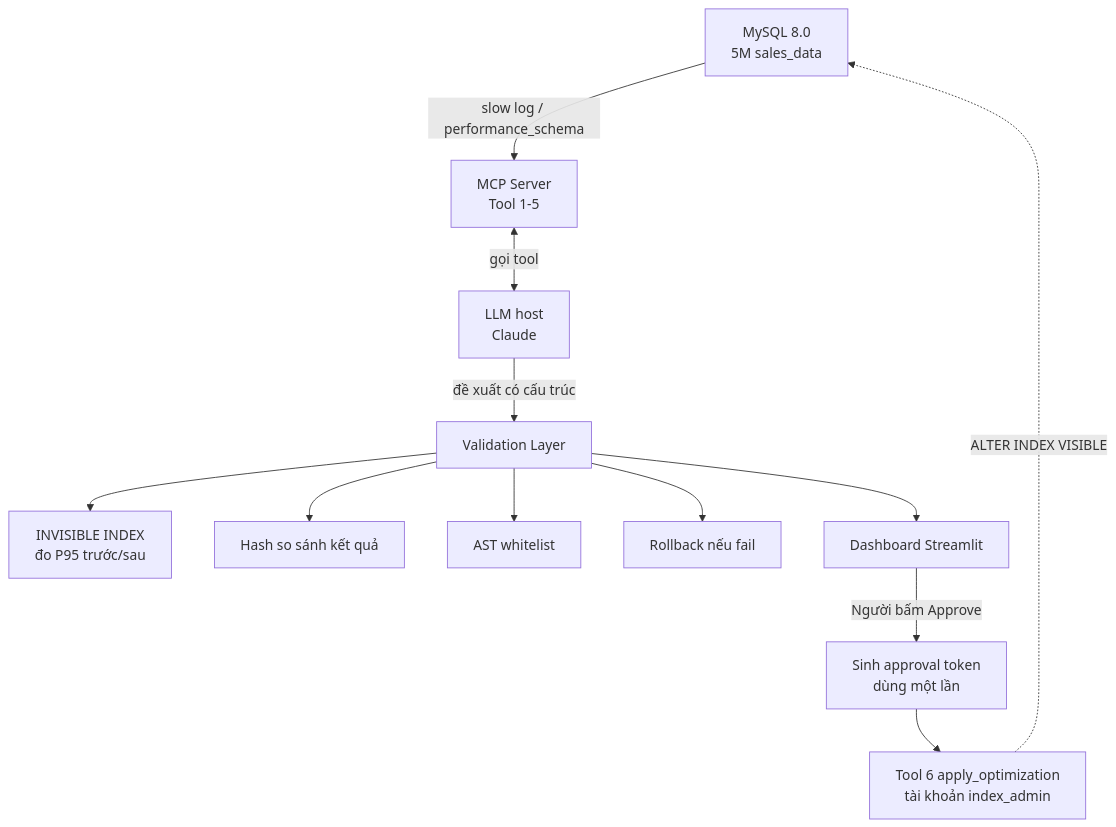
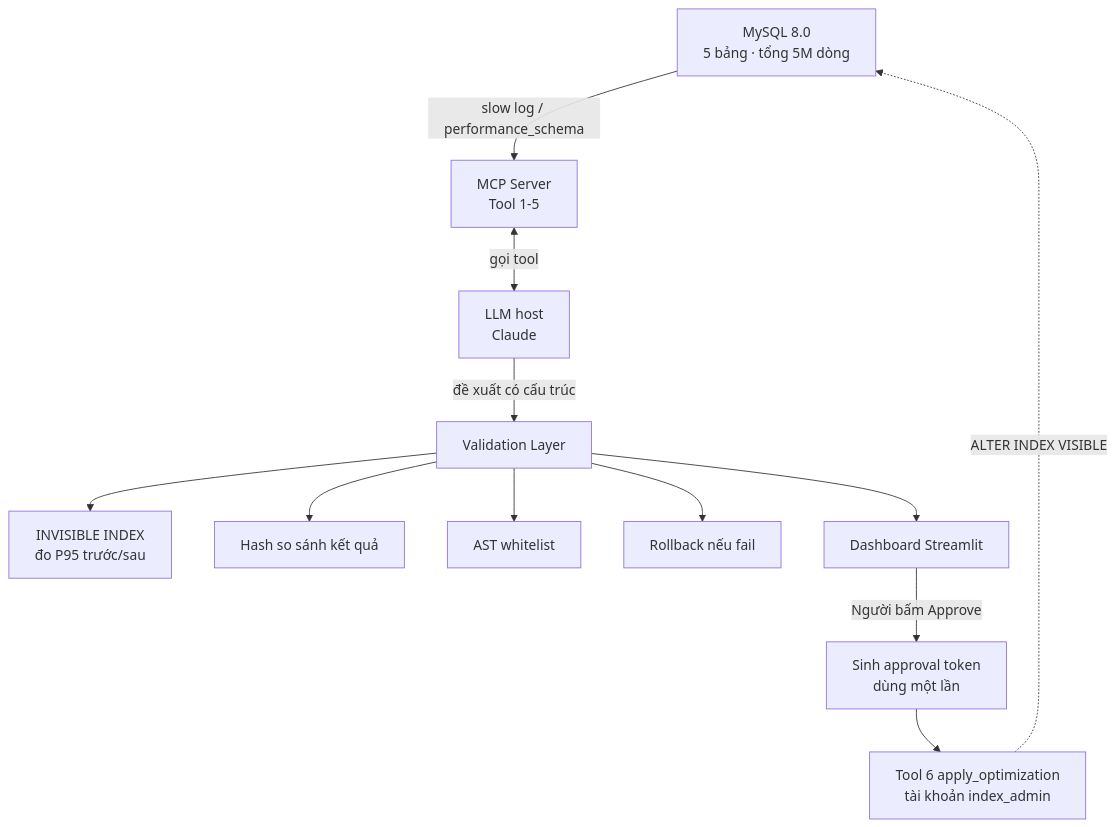
One commit to lam-vu6868/mcp-slowquery-optimizer changed the diagram in README.md. Above: the diagram before and after it, drawn with Mermaid. The commit also changed other lines of this file and 15 other files, not shown here.

````diff
--- a/README.md
+++ b/README.md
@@ -29,14 +29,14 @@
 ```mermaid
 flowchart TD
-    A[MySQL 8.0<br/>5M sales_data] -->|slow log / performance_schema| B[MCP Server<br/>Tool 1-5]
+    A[MySQL 8.0<br/>5 bảng · tổng 5M dòng] -->|slow log / performance_schema| B[MCP Server<br/>Tool 1-5]
     B <-->|gọi tool| C[LLM host<br/>Claude]
     C -->|đề xuất có cấu trúc| V[Validation Layer]
     V --> V1[INVISIBLE INDEX<br/>đo P95 trước/sau]
     V --> V2[Hash so sánh kết quả]
     V --> V3[AST whitelist]
     V --> V4[Rollback nếu fail]
     V --> D[Dashboard Streamlit]
     D -->|Người bấm Approve| T[Sinh approval token<br/>dùng một lần]
     T --> B6[Tool 6 apply_optimization<br/>tài khoản index_admin]
     B6 -.->|ALTER INDEX VISIBLE| A
 ```
````
